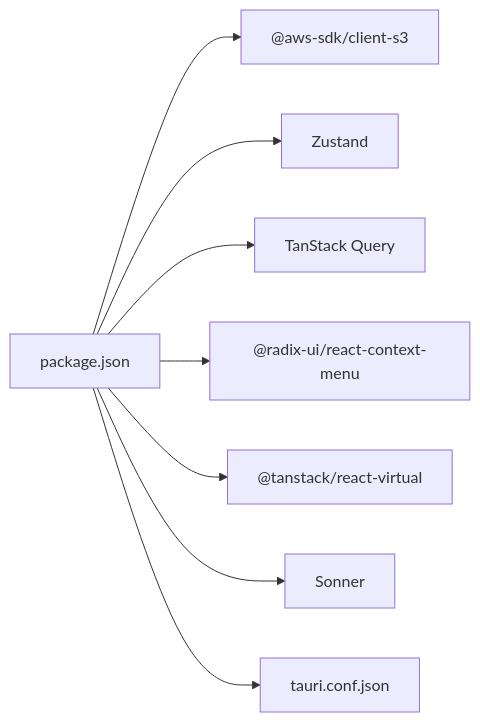
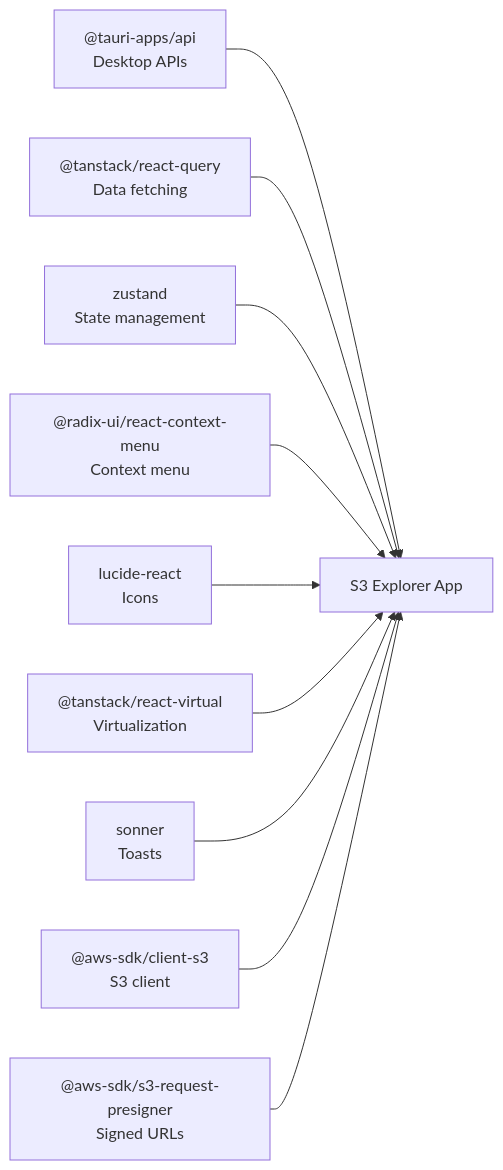
Before and after one commit to nasrulhadi/s3-explorer: the seventh of 7 diagrams in .qoder/repowiki/en/content/Project Overview.md, drawn with Mermaid. The commit also changed other lines of this file and 46 other files, not shown here.

Commit message:
Context menu (right-click), modal/popup add connections, regenerate wiki

````diff
--- a/.qoder/repowiki/en/content/Project Overview.md
+++ b/.qoder/repowiki/en/content/Project Overview.md
@@ -175,18 +366,12 @@
 ```mermaid
 graph LR
-Pkg["package.json"]
-Cfg["tauri.conf.json"]
-Fe["@aws-sdk/client-s3"]
-ZS["Zustand"]
-Qry["TanStack Query"]
-Radix["@radix-ui/react-context-menu"]
-Virt["@tanstack/react-virtual"]
-Son["Sonner"]
-Pkg --> Fe
-Pkg --> ZS
-Pkg --> Qry
-Pkg --> Radix
-Pkg --> Virt
-Pkg --> Son
-Pkg --> Cfg
+React["@tauri-apps/api<br/>Desktop APIs"] --> App["S3 Explorer App"]
+Query["@tanstack/react-query<br/>Data fetching"] --> App
+Zustand["zustand<br/>State management"] --> App
+Radix["@radix-ui/react-context-menu<br/>Context menu"] --> App
+Lucide["lucide-react<br/>Icons"] --> App
+Virtual["@tanstack/react-virtual<br/>Virtualization"] --> App
+Sonner["sonner<br/>Toasts"] --> App
+AWSSDK["@aws-sdk/client-s3<br/>S3 client"] --> App
+Signer["@aws-sdk/s3-request-presigner<br/>Signed URLs"] --> App
 ```
````
